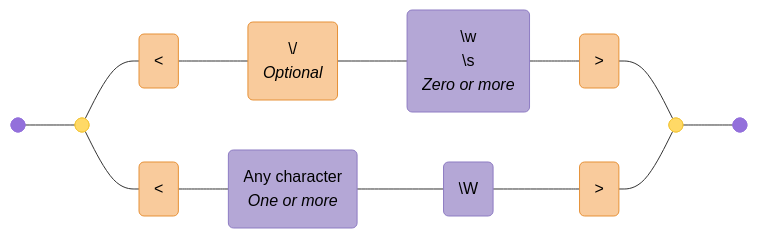
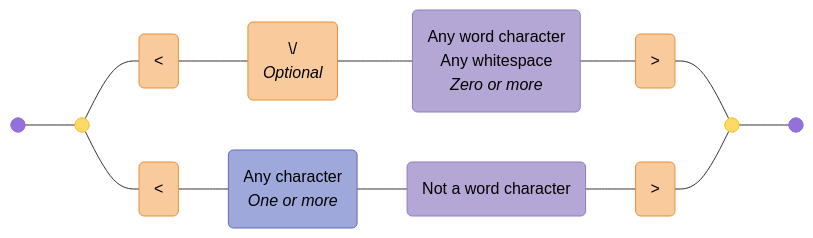
The eighth of 15 diagrams in EXAMPLES.md (tayles/regex-to-mermaid), drawn with Mermaid before and after one commit. The commit also changed other lines of this file and 58 other files, not shown here.

````diff
--- a/EXAMPLES.md
+++ b/EXAMPLES.md
@@ -2434,39 +2216,40 @@
 ```mermaid
 graph LR
   accTitle: "Regex: <\\/?[\\w\\s]*>|<.+[\\W]>"
   accDescr: "Generated with regex-to-mermaid@1.1.0"
 
   %% Nodes
   start@{ shape: f-circ };
   fin@{ shape: f-circ };
   disjunction_begin_1:::disjunction@{ shape: f-circ };
   disjunction_end_1:::disjunction@{ shape: f-circ };
   literal_1("<"):::literal;
   literal_2("\/<br><i>Optional</i>"):::literal;
-  char_class_1("\w<br>\s<br><i>Zero or more</i>"):::char-class;
+  char_class_1("Any word character<br>Any whitespace<br><i>Zero or more</i>"):::char-class;
   literal_3(">"):::literal;
   literal_4("<"):::literal;
-  char_class_2("Any character<br><i>One or more</i>"):::char-class;
-  char_class_3("\W"):::char-class;
+  char_set_1("Any character<br><i>One or more</i>"):::char-set;
+  char_class_2("Not a word character"):::char-class;
   literal_5(">"):::literal;
 
   %% Edges
   start --- disjunction_begin_1;
   disjunction_begin_1 --- literal_1;
   literal_1 --- literal_2;
   literal_2 --- char_class_1;
   char_class_1 --- literal_3;
   literal_3 --- disjunction_end_1;
   disjunction_begin_1 --- literal_4;
-  literal_4 --- char_class_2;
-  char_class_2 --- char_class_3;
-  char_class_3 --- literal_5;
+  literal_4 --- char_set_1;
+  char_set_1 --- char_class_2;
+  char_class_2 --- literal_5;
   literal_5 --- disjunction_end_1;
   disjunction_end_1 --- fin;
 
   %% Styles
   %% Node Styling
   classDef disjunction fill:#FFD966,stroke:#F1C232,color:#000000;
   classDef literal fill:#F9CB9C,stroke:#E69138,color:#000000;
   classDef char-class fill:#B4A7D6,stroke:#8E7CC3,color:#000000;
+  classDef char-set fill:#9FA8DA,stroke:#5C6BC0,color:#000000;
 ```
````
